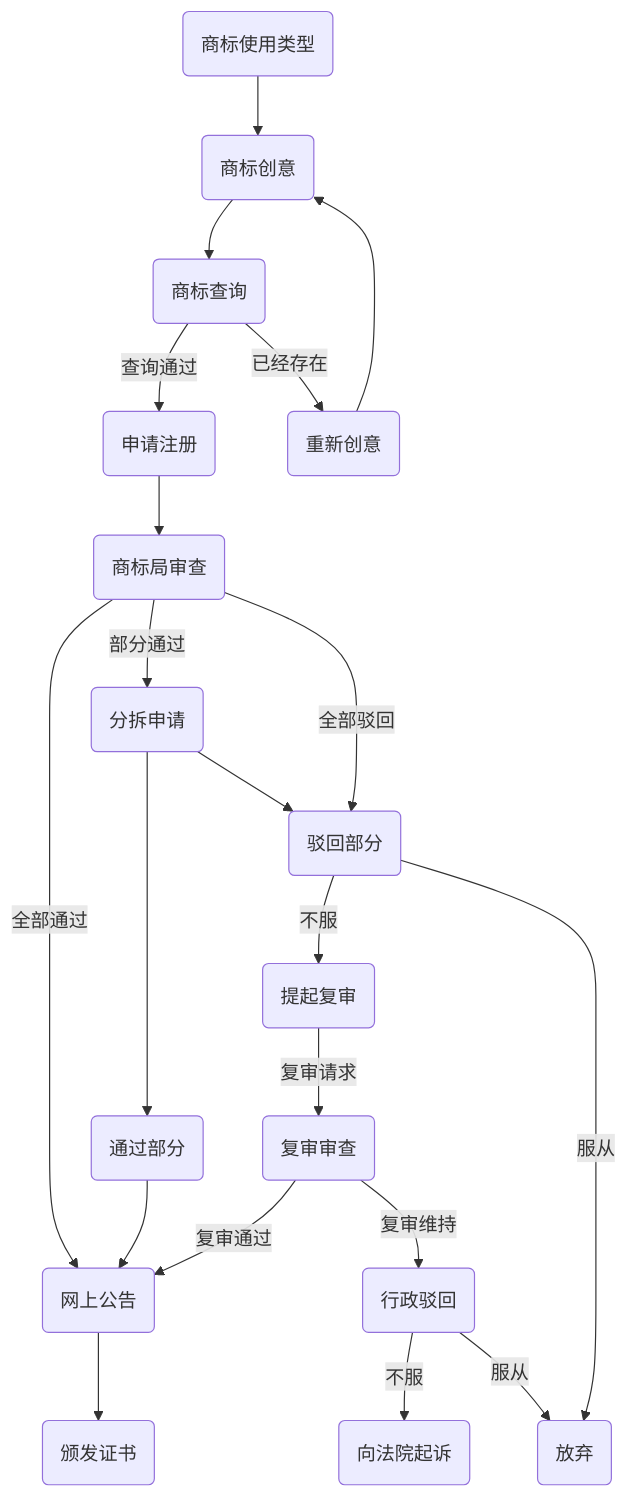
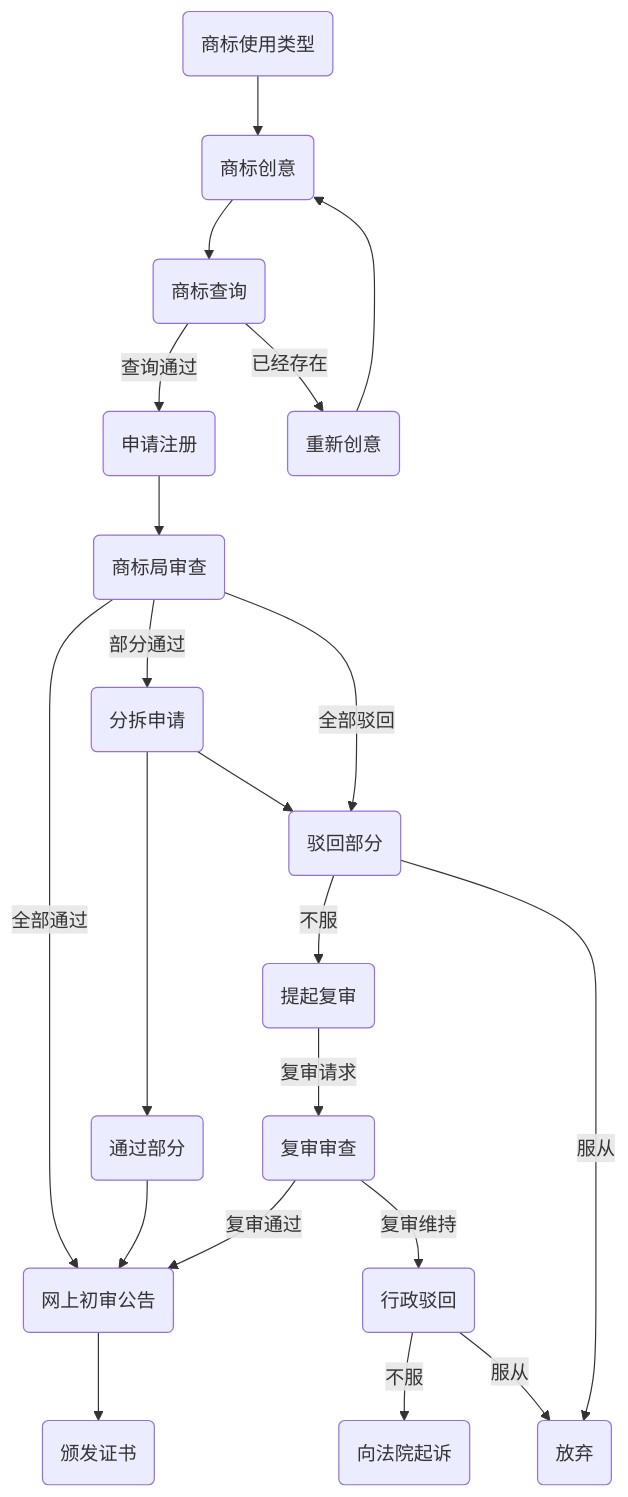
One commit to zhjnerv/zhjworkonline changed the diagram in docs/02.商标/01.商标申请/01.商标申请流程.md. Above: the diagram before and after it, drawn with Mermaid.

Commit message:
网上公告修改为网上初审公告

````diff
--- a/docs/02.商标/01.商标申请/01.商标申请流程.md
+++ b/docs/02.商标/01.商标申请/01.商标申请流程.md
@@ -11,23 +11,23 @@
 ```mermaid
 graph TB;
     A(商标使用类型)-->B(商标创意);
     B-->C(商标查询);
     C--查询通过-->D(申请注册);
     C--已经存在-->E(重新创意);
     E-->B;
     D-->F(商标局审查);
-    F--全部通过-->G(网上公告)
+    F--全部通过-->G(网上初审公告)
     G-->H(颁发证书);
     F--部分通过-->I(分拆申请);
     I-->J(通过部分);
     I-->K(驳回部分);
     J-->G;
     K--不服-->L(提起复审);
     K--服从-->M(放弃);
     F--全部驳回-->K;
     L--复审请求-->O(复审审查);
     O--复审通过-->G;
     O--复审维持-->P(行政驳回);
     P--不服-->Q(向法院起诉);
     P--服从-->M;
 ```
````
